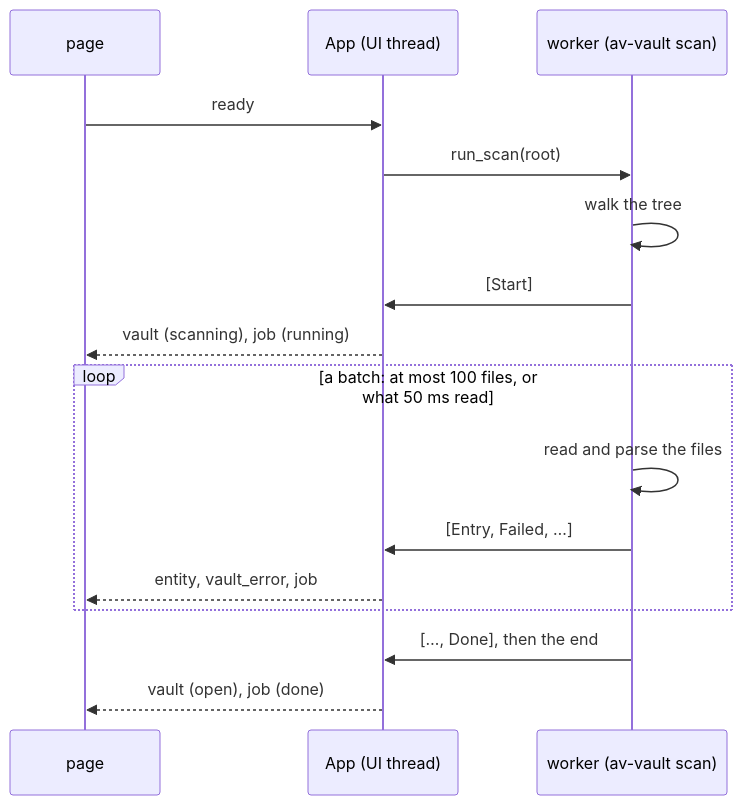
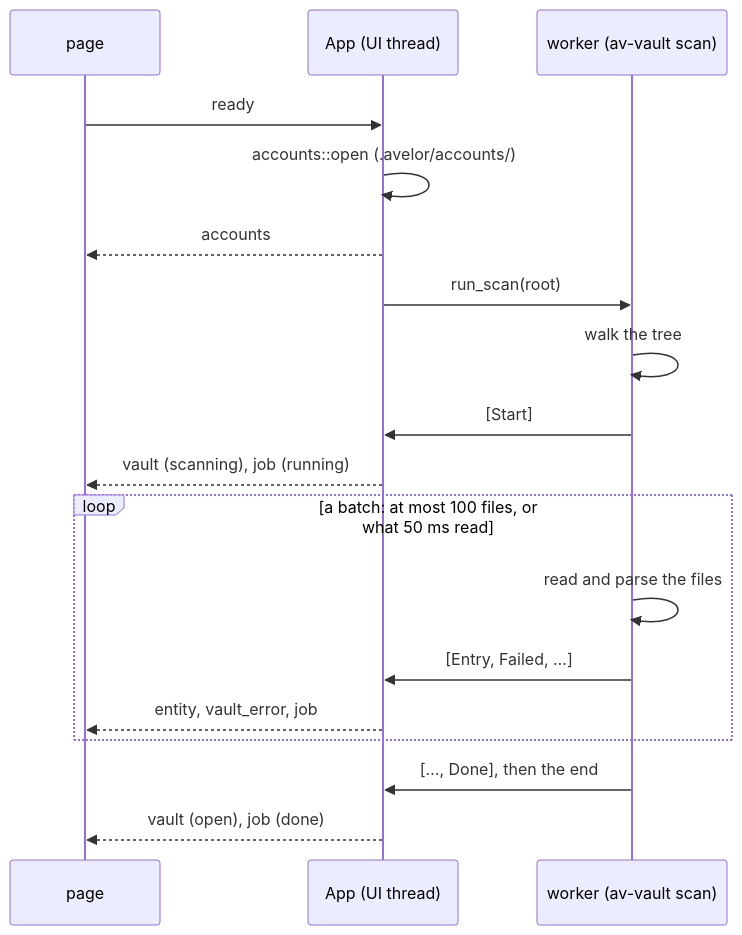
The diagram in docs/vault.md (steschu77/avelor), drawn with Mermaid before and after one commit. The commit also changed other lines of this file and 36 other files, not shown here.

````diff
--- a/docs/vault.md
+++ b/docs/vault.md
@@ -711,18 +715,20 @@
 ```mermaid
 sequenceDiagram
     participant P as page
     participant S as App (UI thread)
     participant W as worker (av-vault scan)
     P->>S: ready
+    S->>S: accounts::open (.avelor/accounts/)
+    S-->>P: accounts
     S->>W: run_scan(root)
     W->>W: walk the tree
     W->>S: [Start]
     S-->>P: vault (scanning), job (running)
     loop a batch: at most 100 files, or what 50 ms read
         W->>W: read and parse the files
         W->>S: [Entry, Failed, …]
         S-->>P: entity, vault_error, job
     end
     W->>S: […, Done], then the end
     S-->>P: vault (open), job (done)
 ```
````
